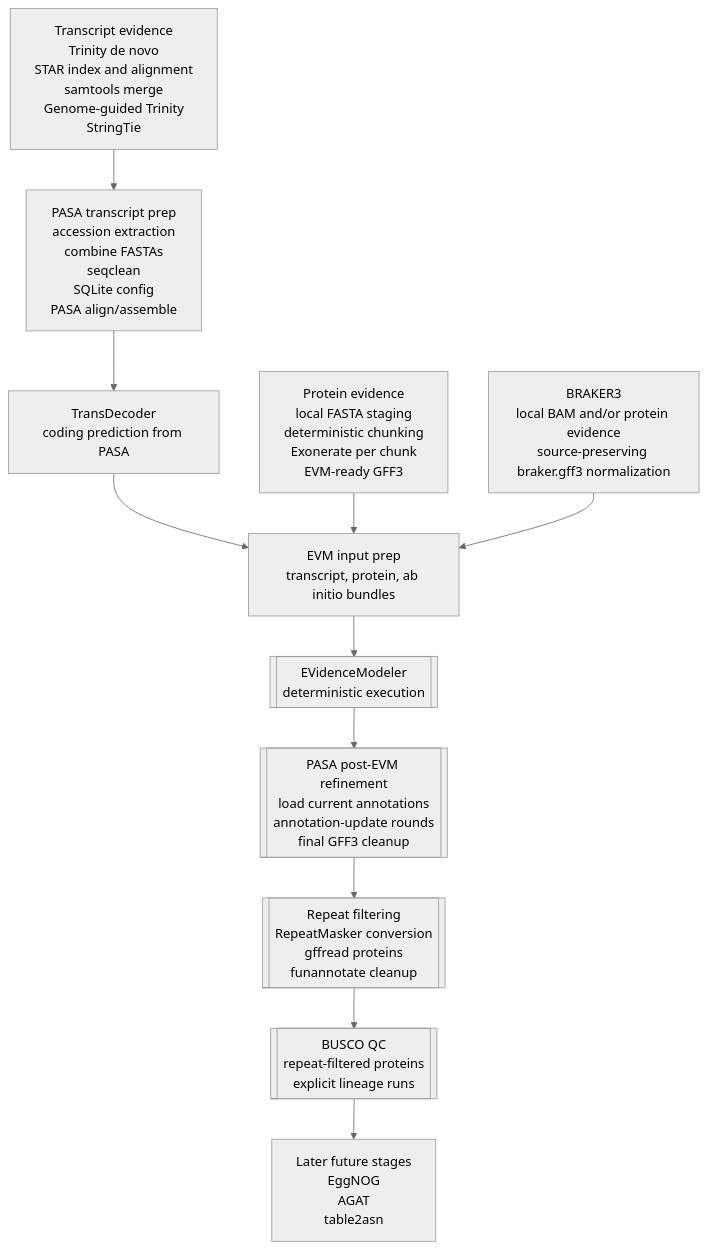
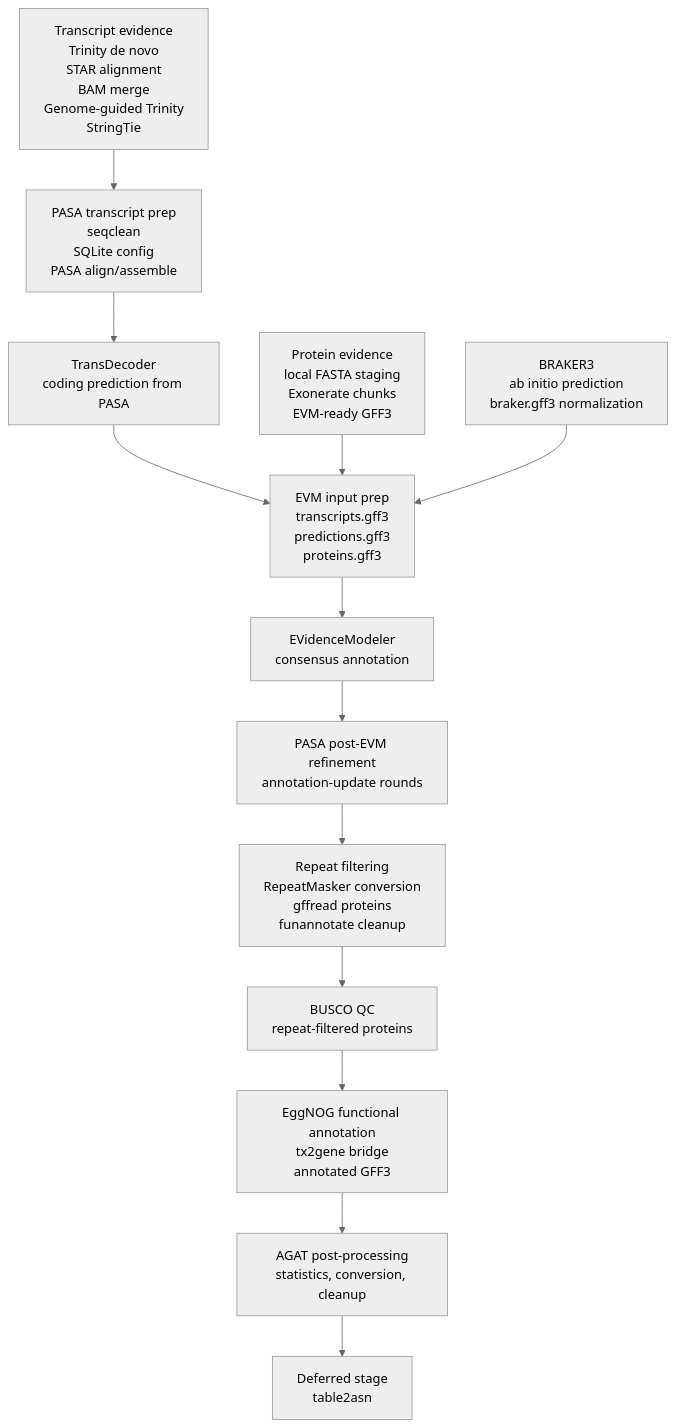
The diagram in README.md (rmehta1987/flyteTest), drawn with Mermaid (neutral theme) before and after one commit. The commit also changed other lines of this file and 76 other files, not shown here.

````diff
--- a/README.md
+++ b/README.md
@@ -68,19 +63,21 @@
 ```mermaid
 flowchart TD
-    A[Transcript evidence<br/>Trinity de novo<br/>STAR index and alignment<br/>samtools merge<br/>Genome-guided Trinity<br/>StringTie]
-    B[PASA transcript prep<br/>accession extraction<br/>combine FASTAs<br/>seqclean<br/>SQLite config<br/>PASA align/assemble]
+    A[Transcript evidence<br/>Trinity de novo<br/>STAR alignment<br/>BAM merge<br/>Genome-guided Trinity<br/>StringTie]
+    B[PASA transcript prep<br/>seqclean<br/>SQLite config<br/>PASA align/assemble]
     C[TransDecoder<br/>coding prediction from PASA]
-    D[Protein evidence<br/>local FASTA staging<br/>deterministic chunking<br/>Exonerate per chunk<br/>EVM-ready GFF3]
-    E[BRAKER3<br/>local BAM and/or protein evidence<br/>source-preserving braker.gff3 normalization]
-    F[EVM input prep<br/>transcript, protein, ab initio bundles]
-    G[[EVidenceModeler<br/>deterministic execution]]
-    H[[PASA post-EVM refinement<br/>load current annotations<br/>annotation-update rounds<br/>final GFF3 cleanup]]
-    I[[Repeat filtering<br/>RepeatMasker conversion<br/>gffread proteins<br/>funannotate cleanup]]
-    J[[BUSCO QC<br/>repeat-filtered proteins<br/>explicit lineage runs]]
-    K[Later future stages<br/>EggNOG<br/>AGAT<br/>table2asn]
+    D[Protein evidence<br/>local FASTA staging<br/>Exonerate chunks<br/>EVM-ready GFF3]
+    E[BRAKER3<br/>ab initio prediction<br/>braker.gff3 normalization]
+    F[EVM input prep<br/>transcripts.gff3<br/>predictions.gff3<br/>proteins.gff3]
+    G[EVidenceModeler<br/>consensus annotation]
+    H[PASA post-EVM refinement<br/>annotation-update rounds]
+    I[Repeat filtering<br/>RepeatMasker conversion<br/>gffread proteins<br/>funannotate cleanup]
+    J[BUSCO QC<br/>repeat-filtered proteins]
+    K[EggNOG functional annotation<br/>tx2gene bridge<br/>annotated GFF3]
+    L[AGAT post-processing<br/>statistics, conversion, cleanup]
+    M[Deferred stage<br/>table2asn]
 
     A --> B --> C --> F
     D --> F
     E --> F
-    F --> G --> H --> I --> J --> K
+    F --> G --> H --> I --> J --> K --> L --> M
 ```
````
